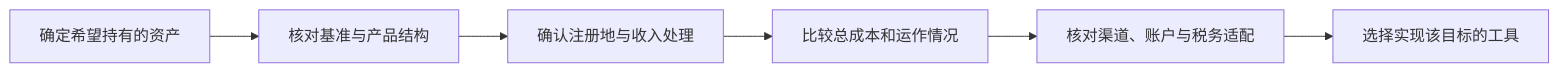
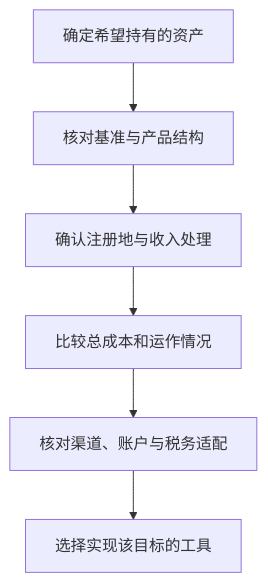
The diagram in 02-第二篇｜真正进入海外证券市场/09-VOO、QQQ、美债与美元资产工具.md (linshenwuqi/global-finance-infrastructure), drawn with Mermaid before and after one commit. The commit also changed other lines of this file and 20 other files, not shown here.

````diff
--- a/02-第二篇｜真正进入海外证券市场/09-VOO、QQQ、美债与美元资产工具.md
+++ b/02-第二篇｜真正进入海外证券市场/09-VOO、QQQ、美债与美元资产工具.md
@@ -175,8 +24,8 @@
 ```mermaid
-flowchart LR
+flowchart TB
   A[确定希望持有的资产] --> B[核对基准与产品结构]
   B --> C[确认注册地与收入处理]
   C --> D[比较总成本和运作情况]
   D --> E[核对渠道、账户与税务适配]
   E --> F[选择实现该目标的工具]
 ```
````
